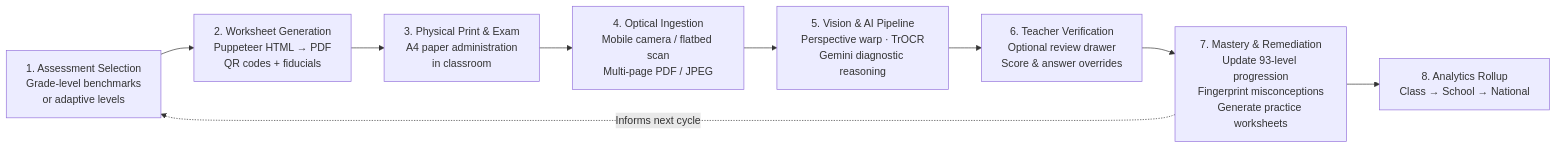
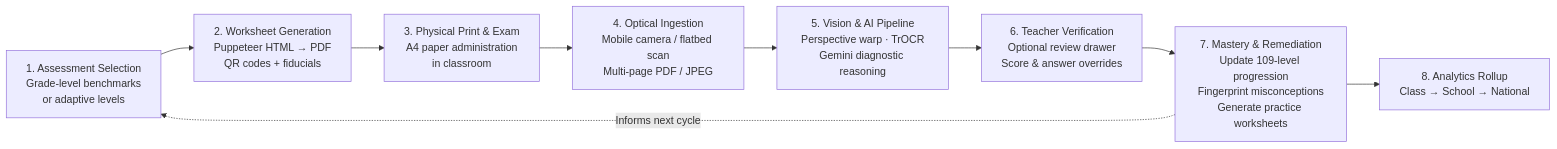
One commit to vicharanashala/fln changed the third of 3 diagrams in ARCHITECTURE.md. Above: the diagram before and after it, drawn with Mermaid. The commit also changed other lines of this file, not shown here.

First line of the commit message:
docs(architecture): say 109 levels instead of 93 (Refs #541)

````diff
--- a/ARCHITECTURE.md
+++ b/ARCHITECTURE.md
@@ -126,13 +126,13 @@
 ```mermaid
 flowchart LR
     Diag["1. Assessment Selection<br/>Grade-level benchmarks<br/>or adaptive levels"] 
     --> Gen["2. Worksheet Generation<br/>Puppeteer HTML → PDF<br/>QR codes + fiducials"]
     --> Print["3. Physical Print & Exam<br/>A4 paper administration<br/>in classroom"]
     --> Scan["4. Optical Ingestion<br/>Mobile camera / flatbed scan<br/>Multi-page PDF / JPEG"]
     --> OCR["5. Vision & AI Pipeline<br/>Perspective warp · TrOCR<br/>Gemini diagnostic reasoning"]
     --> Override["6. Teacher Verification<br/>Optional review drawer<br/>Score & answer overrides"]
-    --> Mastery["7. Mastery & Remediation<br/>Update 93-level progression<br/>Fingerprint misconceptions<br/>Generate practice worksheets"]
+    --> Mastery["7. Mastery & Remediation<br/>Update 109-level progression<br/>Fingerprint misconceptions<br/>Generate practice worksheets"]
     --> Dash["8. Analytics Rollup<br/>Class → School → National"]
 
     Mastery -.->|"Informs next cycle"| Diag
 ```
````
